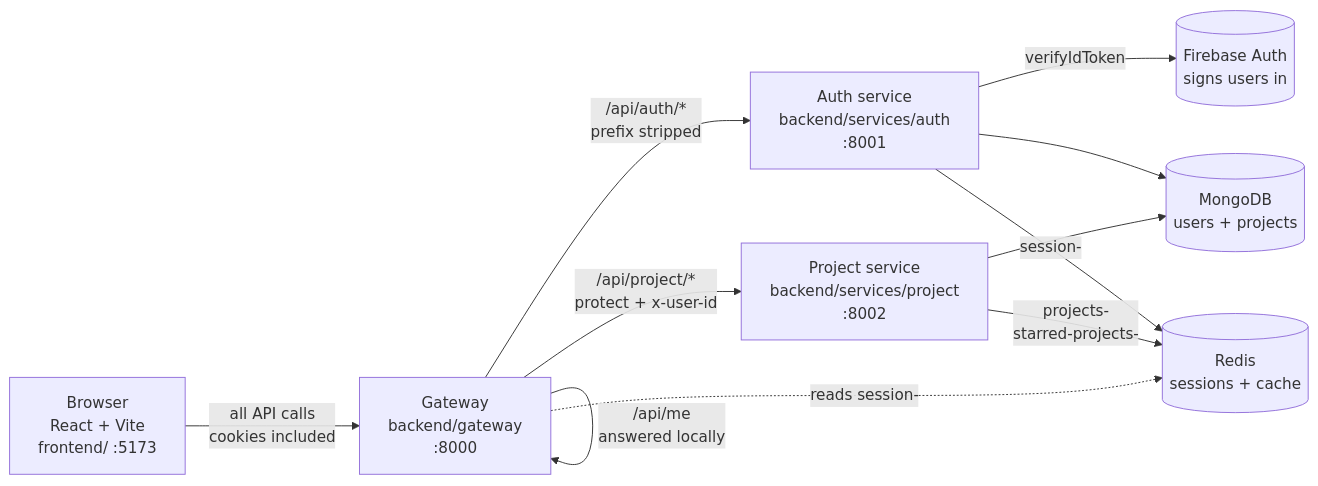
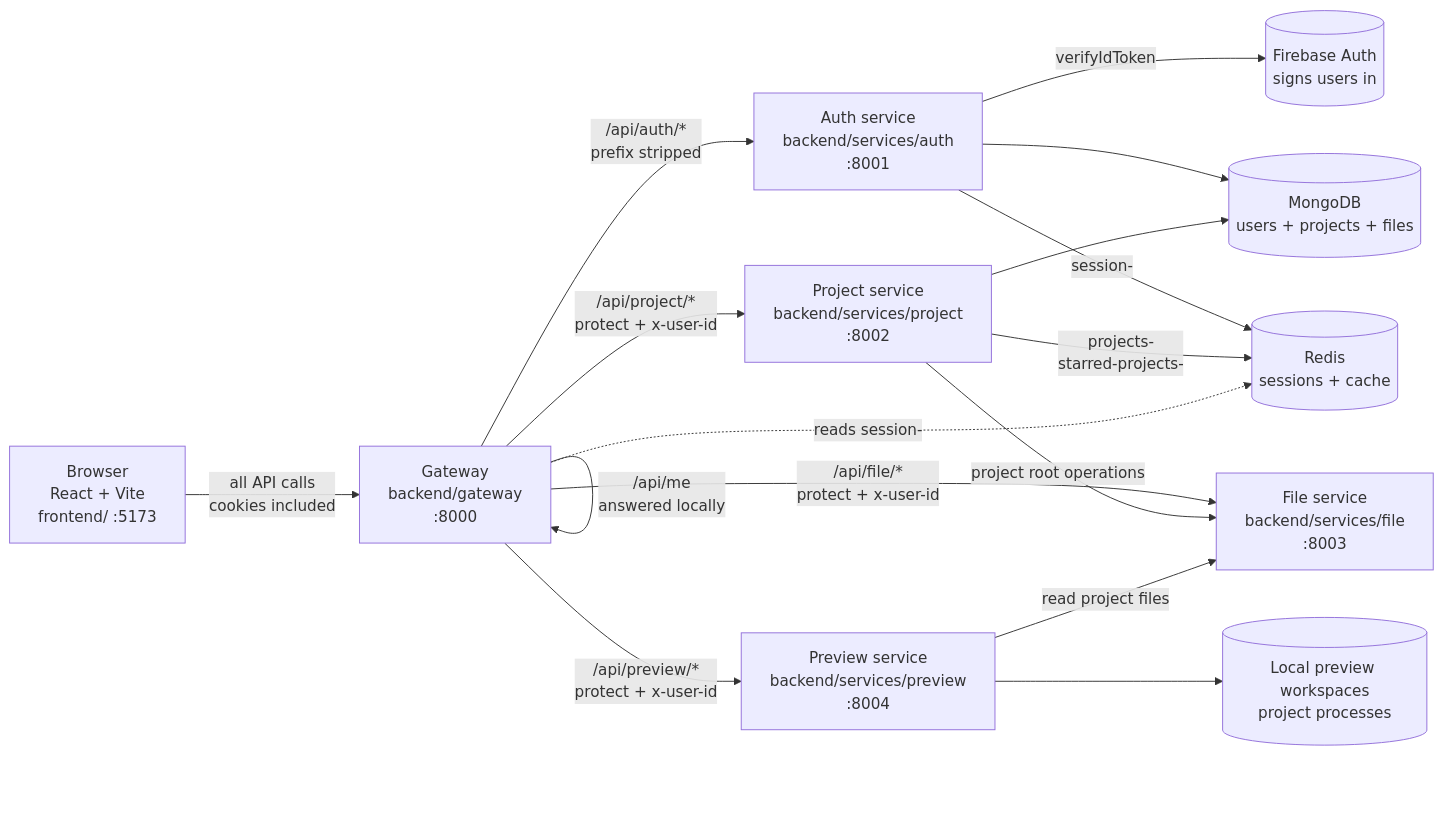
Before and after one commit to yamanhassan1/NexPulse: the first of 5 diagrams in docs/concepts/architecture.md, drawn with Mermaid. The commit also changed other lines of this file and 197 other files, not shown here.

````diff
--- a/docs/concepts/architecture.md
+++ b/docs/concepts/architecture.md
@@ -10,21 +10,29 @@
 ```mermaid
 flowchart LR
     UI["Browser<br>React + Vite<br>frontend/ :5173"]
     GW["Gateway<br>backend/gateway<br>:8000"]
     AU["Auth service<br>backend/services/auth<br>:8001"]
     PR["Project service<br>backend/services/project<br>:8002"]
-    DB[("MongoDB<br>users + projects")]
+    FI["File service<br>backend/services/file<br>:8003"]
+    PV["Preview service<br>backend/services/preview<br>:8004"]
+    DB[("MongoDB<br>users + projects + files")]
     RD[("Redis<br>sessions + cache")]
     FB[("Firebase Auth<br>signs users in")]
+    FS[("Local preview workspaces<br>project processes")]
 
     UI -->|"all API calls<br>cookies included"| GW
     GW -->|"/api/auth/*<br>prefix stripped"| AU
     GW -->|"/api/project/*<br>protect + x-user-id"| PR
+    GW -->|"/api/file/*<br>protect + x-user-id"| FI
+    GW -->|"/api/preview/*<br>protect + x-user-id"| PV
+    PR -->|"project root operations"| FI
+    PV -->|"read project files"| FI
+    PV --> FS
     GW -->|"/api/me<br>answered locally"| GW
     AU -->|"verifyIdToken"| FB
     AU --> DB
     AU -->|"session-<uuid>"| RD
     PR --> DB
     PR -->|"projects-<userId><br>starred-projects-<userId>"| RD
     GW -.->|"reads session-<uuid>"| RD
 ```
````
